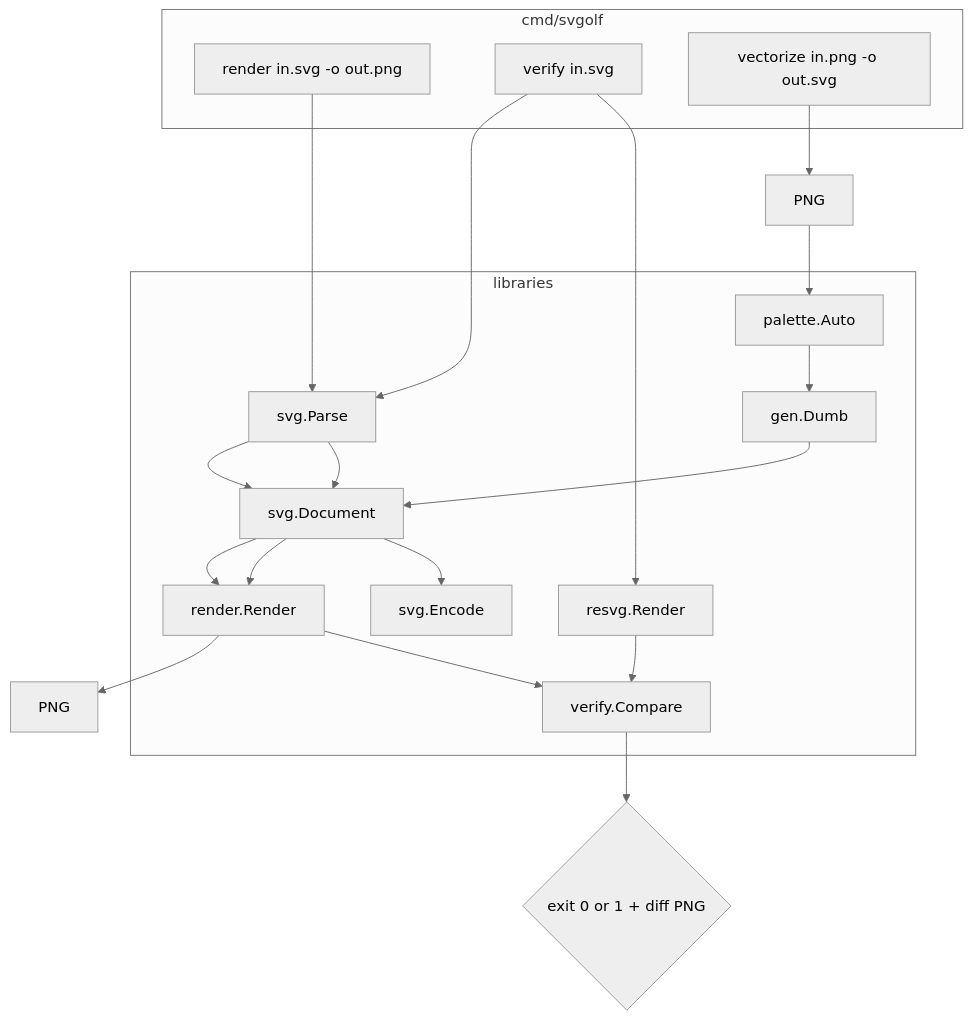
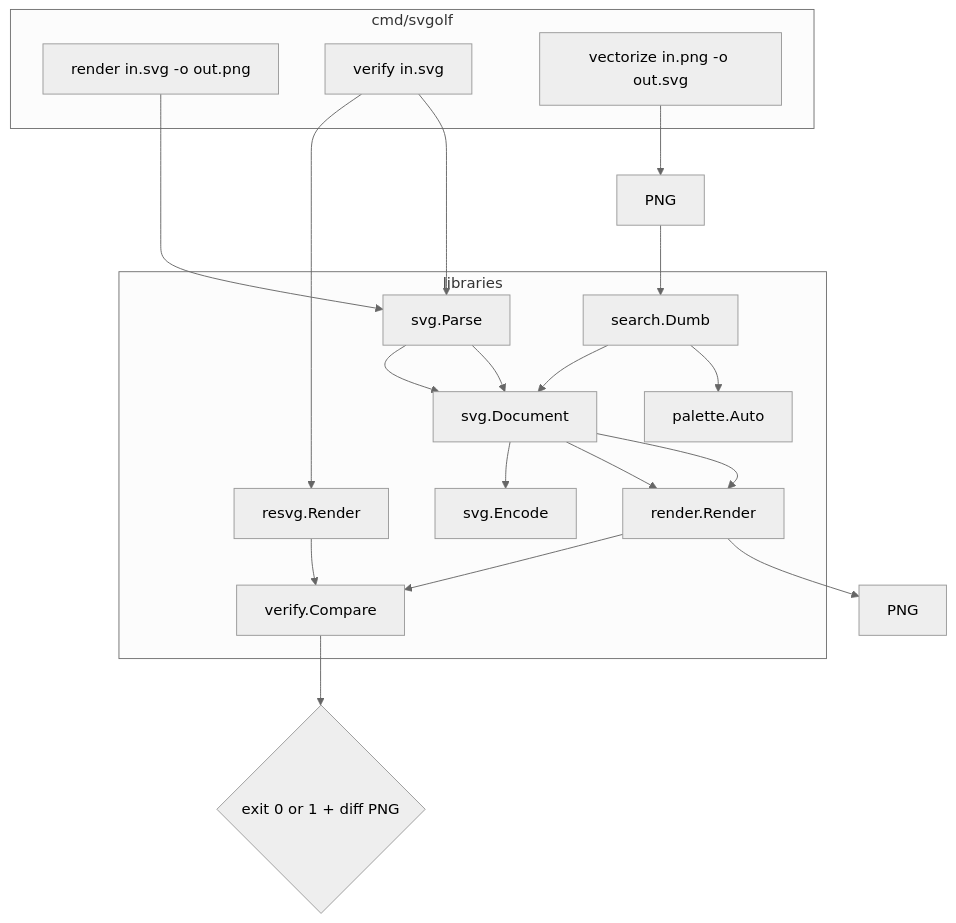
The first of 5 diagrams in SPEC.md (lewtec/svgolf), drawn with Mermaid (neutral theme) before and after one commit. The commit also changed other lines of this file and 7 other files, not shown here.

First line of the commit message:
feat(search): make Dumb the Search adapter

````diff
--- a/SPEC.md
+++ b/SPEC.md
@@ -161,38 +160,38 @@
 ```mermaid
 flowchart TB
   subgraph cli [cmd/svgolf]
     renderCmd["render in.svg -o out.png"]
     verifyCmd["verify in.svg"]
     vectorizeCmd["vectorize in.png -o out.svg"]
   end
 
   subgraph lib [libraries]
     parse[svg.Parse]
     encode[svg.Encode]
     tree[svg.Document]
     rend[render.Render]
-    dumb[gen.Dumb]
+    searchAd[search.Dumb]
     pal[palette.Auto]
     oracle[resvg.Render]
     cmp[verify.Compare]
   end
 
   renderCmd --> parse
   parse --> tree
   tree --> rend
   rend --> pngOut[PNG]
 
   verifyCmd --> parse
   verifyCmd --> oracle
   parse --> tree
   tree --> rend
   rend --> cmp
   oracle --> cmp
   cmp --> exit{exit 0 or 1 + diff PNG}
 
   vectorizeCmd --> pngIn[PNG]
-  pngIn --> pal
-  pal --> dumb
-  dumb --> tree
+  pngIn --> searchAd
+  searchAd --> pal
+  searchAd --> tree
   tree --> encode
 ```
````
